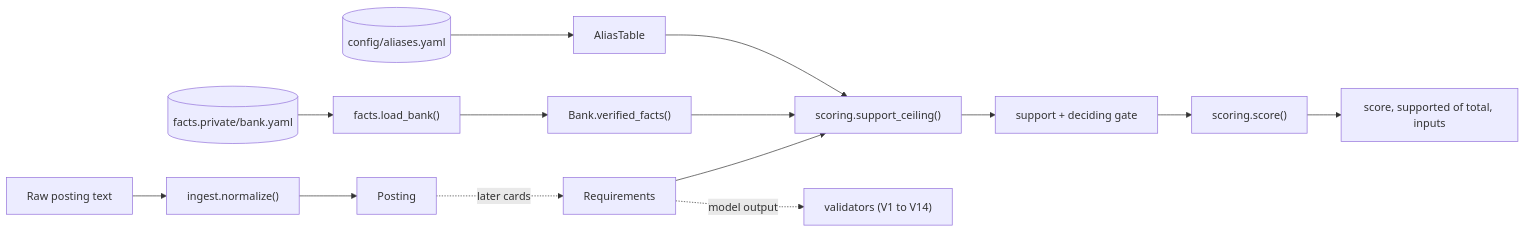
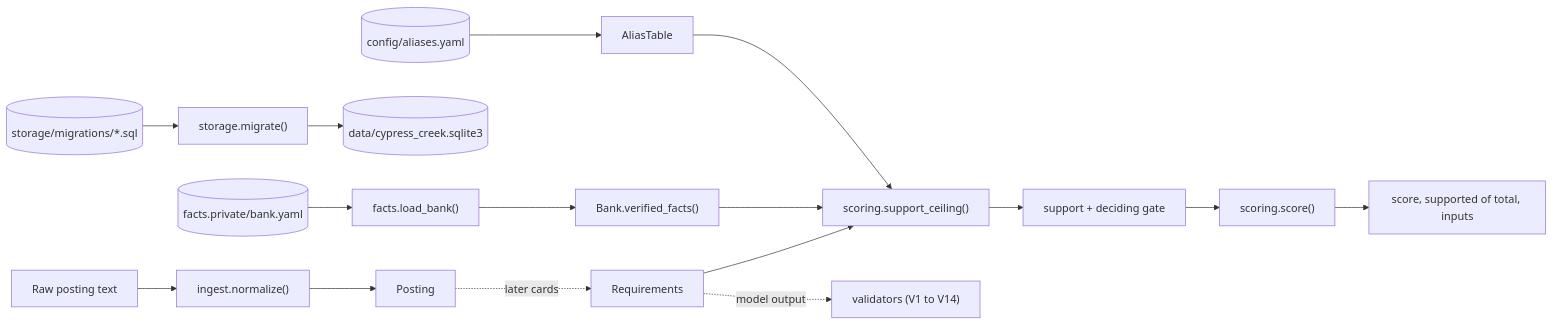
One commit to jpalicke/cypress-creek-job-board changed the diagram in docs/codebase.md. Above: the diagram before and after it, drawn with Mermaid. The commit also changed other lines of this file and 10 other files, not shown here.

Commit message:
Add the SQLite connection helper and migration runner, and document storage

````diff
--- a/docs/codebase.md
+++ b/docs/codebase.md
@@ -61,16 +63,18 @@
 ```mermaid
 flowchart LR
     raw[Raw posting text] --> norm["ingest.normalize()"]
     norm --> posting[Posting]
     posting -. later cards .-> reqs[Requirements]
+    migs[(storage/migrations/*.sql)] --> migrate["storage.migrate()"]
+    migrate --> db[(data/cypress_creek.sqlite3)]
     bank[(facts.private/bank.yaml)] --> load["facts.load_bank()"]
     load --> verified["Bank.verified_facts()"]
     aliases[(config/aliases.yaml)] --> table[AliasTable]
     reqs --> gate["scoring.support_ceiling()"]
     verified --> gate
     table --> gate
     gate --> ceiling["support + deciding gate"]
     ceiling --> score["scoring.score()"]
     score --> result["score, supported of total, inputs"]
     reqs -. model output .-> val["validators (V1 to V14)"]
 ```
````
